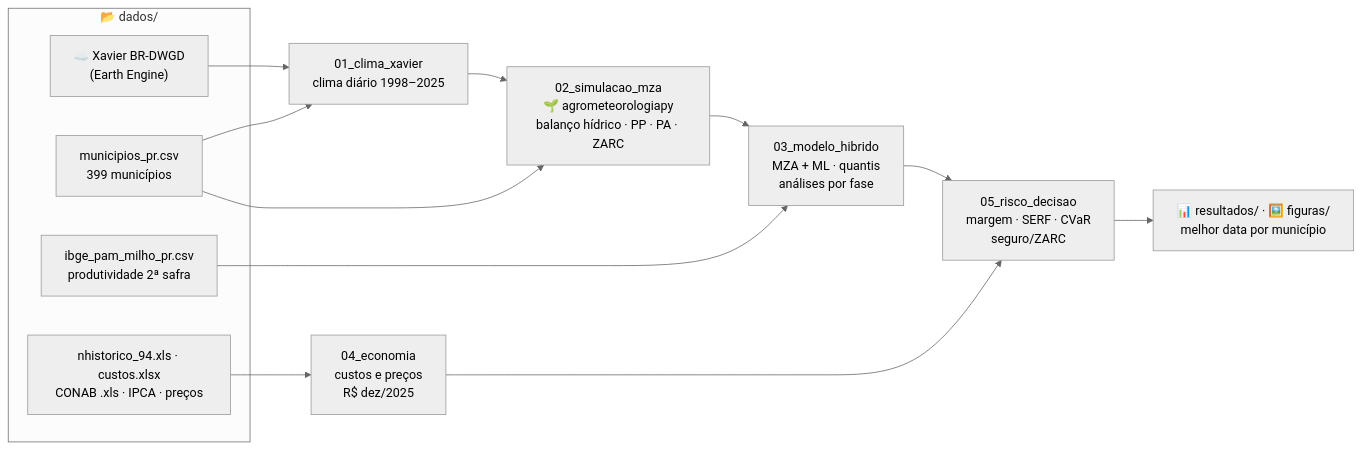
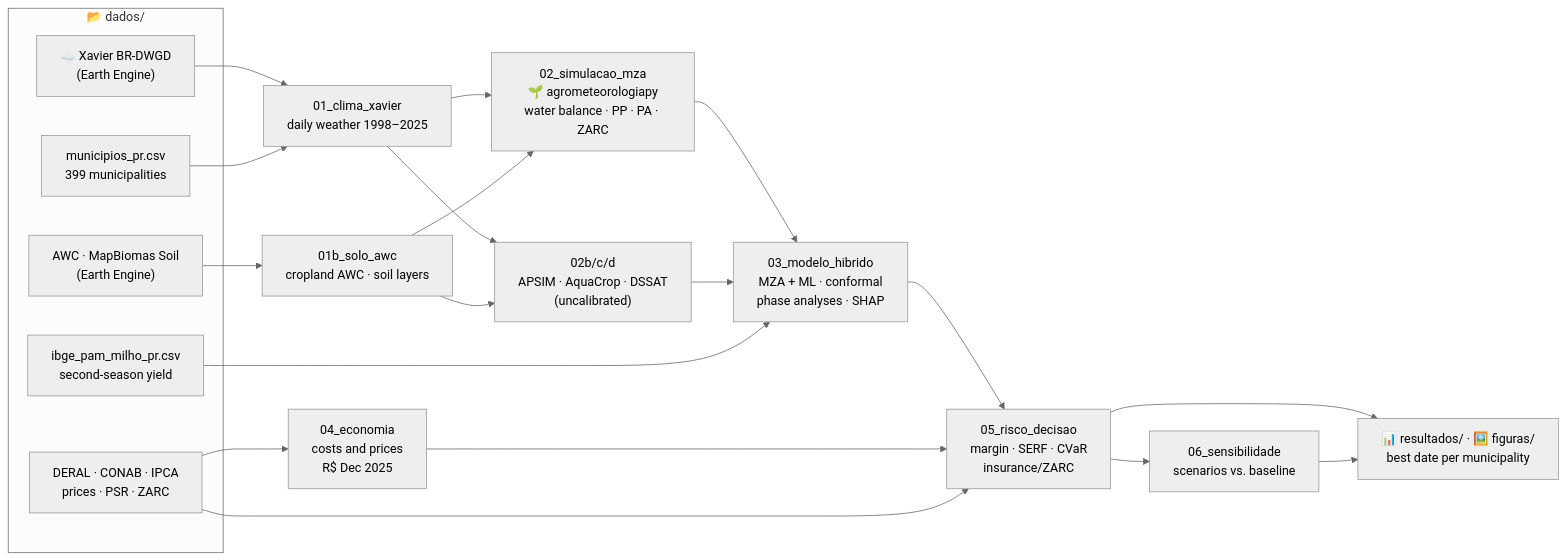
Before and after one commit to fcoliveira-utfpr/ML_maize_pr: the diagram in README.md, drawn with Mermaid (neutral theme). The commit also changed other lines of this file and 17 other files, not shown here.

````diff
--- a/README.md
+++ b/README.md
@@ -27,19 +45,27 @@
 ```mermaid
 flowchart LR
     subgraph D["📂 dados/"]
         X["☁️ Xavier BR-DWGD<br/>(Earth Engine)"]
-        M["municipios_pr.csv<br/>399 municípios"]
-        I["ibge_pam_milho_pr.csv<br/>produtividade 2ª safra"]
-        C["nhistorico_94.xls · custos.xlsx<br/>CONAB .xls · IPCA · preços"]
+        M["municipios_pr.csv<br/>399 municipalities"]
+        S["AWC · MapBiomas Soil<br/>(Earth Engine)"]
+        I["ibge_pam_milho_pr.csv<br/>second-season yield"]
+        C["DERAL · CONAB · IPCA<br/>prices · PSR · ZARC"]
     end
-    X --> N1["01_clima_xavier<br/>clima diário 1998–2025"]
+    X --> N1["01_clima_xavier<br/>daily weather 1998–2025"]
+    S --> N1b["01b_solo_awc<br/>cropland AWC · soil layers"]
     M --> N1
-    N1 --> N2["02_simulacao_mza<br/>🌱 agrometeorologiapy<br/>balanço hídrico · PP · PA · ZARC"]
-    M --> N2
-    N2 --> N3["03_modelo_hibrido<br/>MZA + ML · quantis<br/>análises por fase"]
+    N1 --> N2["02_simulacao_mza<br/>🌱 agrometeorologiapy<br/>water balance · PP · PA · ZARC"]
+    N1b --> N2
+    N1 --> N2x["02b/c/d<br/>APSIM · AquaCrop · DSSAT<br/>(uncalibrated)"]
+    N1b --> N2x
+    N2 --> N3["03_modelo_hibrido<br/>MZA + ML · conformal<br/>phase analyses · SHAP"]
+    N2x --> N3
     I --> N3
-    C --> N4["04_economia<br/>custos e preços<br/>R$ dez/2025"]
-    N3 --> N5["05_risco_decisao<br/>margem · SERF · CVaR<br/>seguro/ZARC"]
+    C --> N4["04_economia<br/>costs and prices<br/>R$ Dec 2025"]
+    N3 --> N5["05_risco_decisao<br/>margin · SERF · CVaR<br/>insurance/ZARC"]
     N4 --> N5
-    N5 --> R["📊 resultados/ · 🖼️ figuras/<br/>melhor data por município"]
+    C --> N5
+    N5 --> N6["06_sensibilidade<br/>scenarios vs. baseline"]
+    N5 --> R["📊 resultados/ · 🖼️ figuras/<br/>best date per municipality"]
+    N6 --> R
 ```
````
